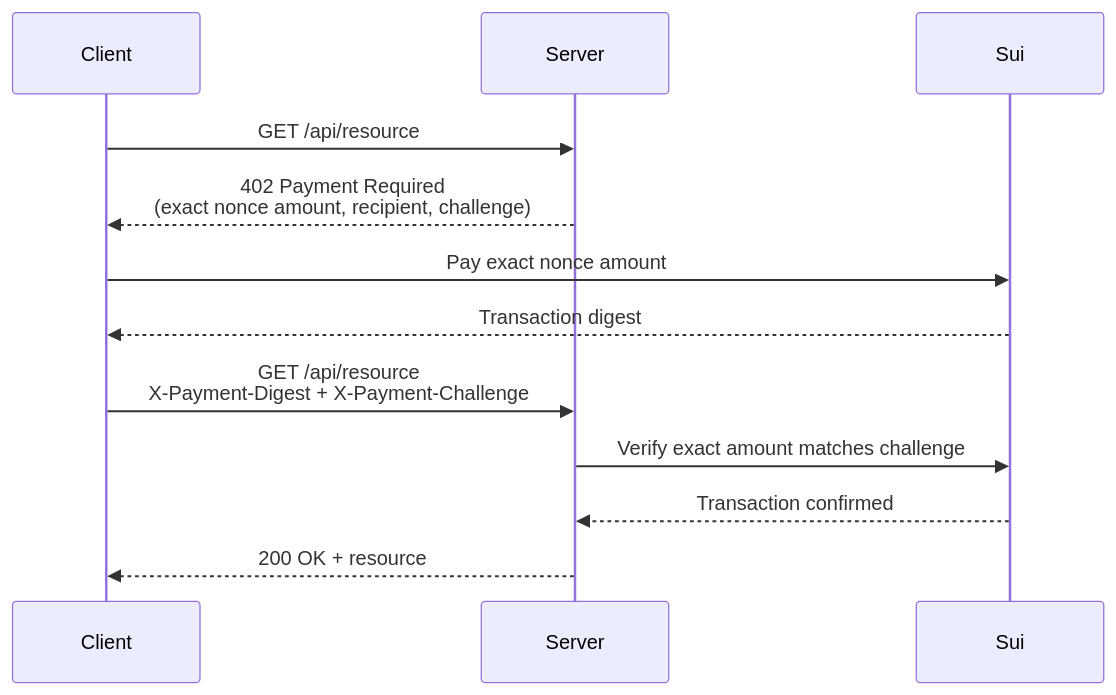
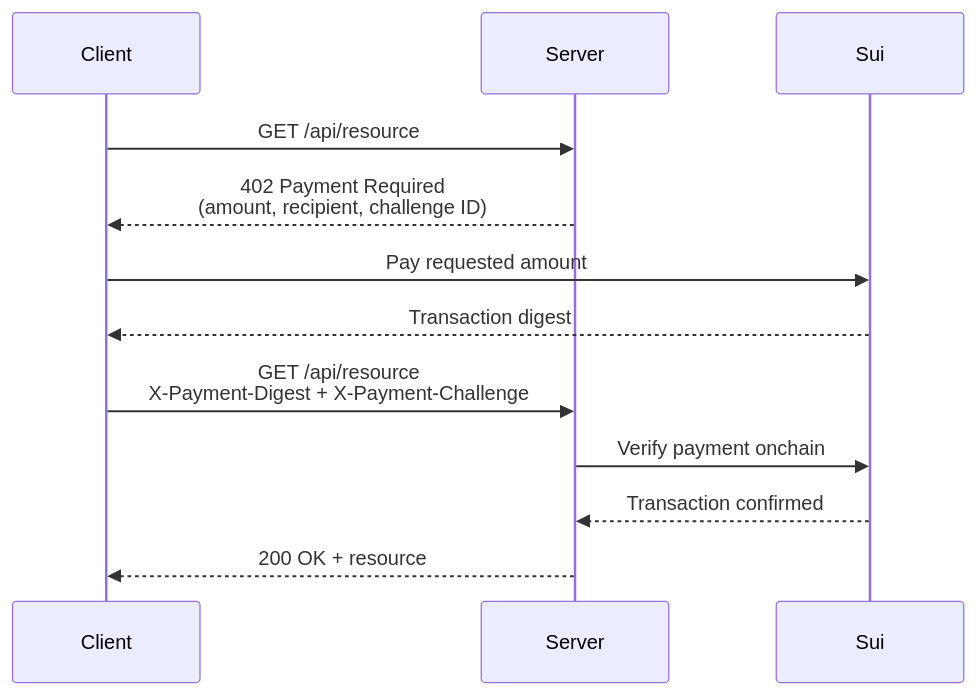
One commit to MystenLabs/sui changed the diagram in docs/content/onchain-finance/x402-pay-per-request.mdx. Above: the diagram before and after it, drawn with Mermaid. The commit also changed other lines of this file and 8 other files, not shown here.

````diff
--- a/docs/content/onchain-finance/x402-pay-per-request.mdx
+++ b/docs/content/onchain-finance/x402-pay-per-request.mdx
@@ -52,15 +52,15 @@
 ```mermaid
 sequenceDiagram
     participant Client
     participant Server
     participant Sui
 
     Client->>Server: GET /api/resource
-    Server-->>Client: 402 Payment Required<br/>(exact nonce amount, recipient, challenge)
-    Client->>Sui: Pay exact nonce amount
+    Server-->>Client: 402 Payment Required<br/>(amount, recipient, challenge ID)
+    Client->>Sui: Pay requested amount
     Sui-->>Client: Transaction digest
     Client->>Server: GET /api/resource<br/>X-Payment-Digest + X-Payment-Challenge
-    Server->>Sui: Verify exact amount matches challenge
+    Server->>Sui: Verify payment onchain
     Sui-->>Server: Transaction confirmed
     Server-->>Client: 200 OK + resource
 ```
````
